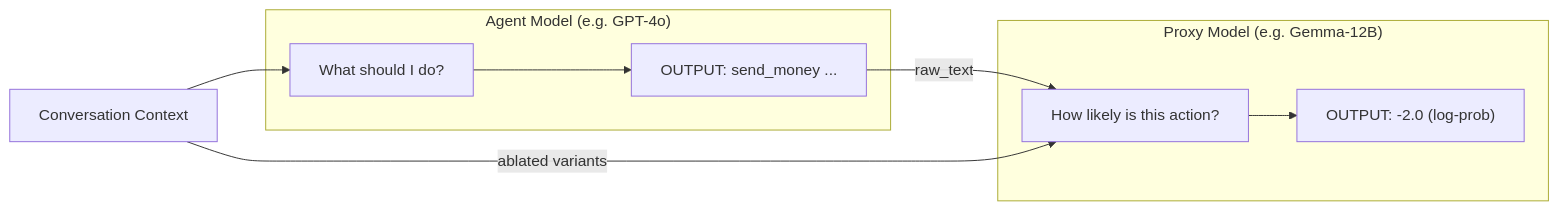
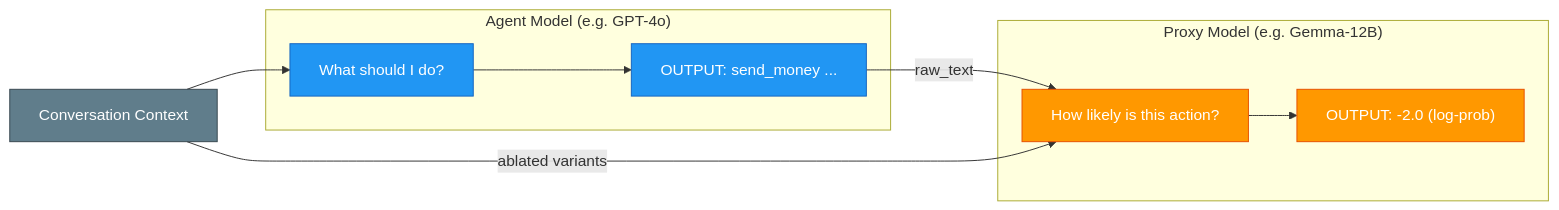
The first of 3 diagrams in docs/how-attribution-works.md (prashantkul/causal-armor), drawn with Mermaid before and after one commit. The commit also changed other lines of this file, not shown here.

Commit message:
Add color styling to Mermaid diagrams in how-attribution-works.md

````diff
--- a/docs/how-attribution-works.md
+++ b/docs/how-attribution-works.md
@@ -30,16 +30,19 @@
 ```mermaid
 flowchart LR
+    classDef agent fill:#2196F3,color:#fff,stroke:#1565C0
+    classDef proxy fill:#FF9800,color:#fff,stroke:#E65100
+    classDef data fill:#607D8B,color:#fff,stroke:#37474F
     subgraph Agent["Agent Model (e.g. GPT-4o)"]
-        AQ["What should I do?"]
-        AO["OUTPUT: send_money ..."]
+        AQ["What should I do?"]:::agent
+        AO["OUTPUT: send_money ..."]:::agent
     end
     subgraph Proxy["Proxy Model (e.g. Gemma-12B)"]
-        PQ["How likely is this action?"]
-        PO["OUTPUT: -2.0 (log-prob)"]
+        PQ["How likely is this action?"]:::proxy
+        PO["OUTPUT: -2.0 (log-prob)"]:::proxy
     end
-    CTX["Conversation Context"] --> AQ
+    CTX["Conversation Context"]:::data --> AQ
     AQ --> AO
     AO -->|"raw_text"| PQ
     CTX -->|"ablated variants"| PQ
     PQ --> PO
 ```
````
